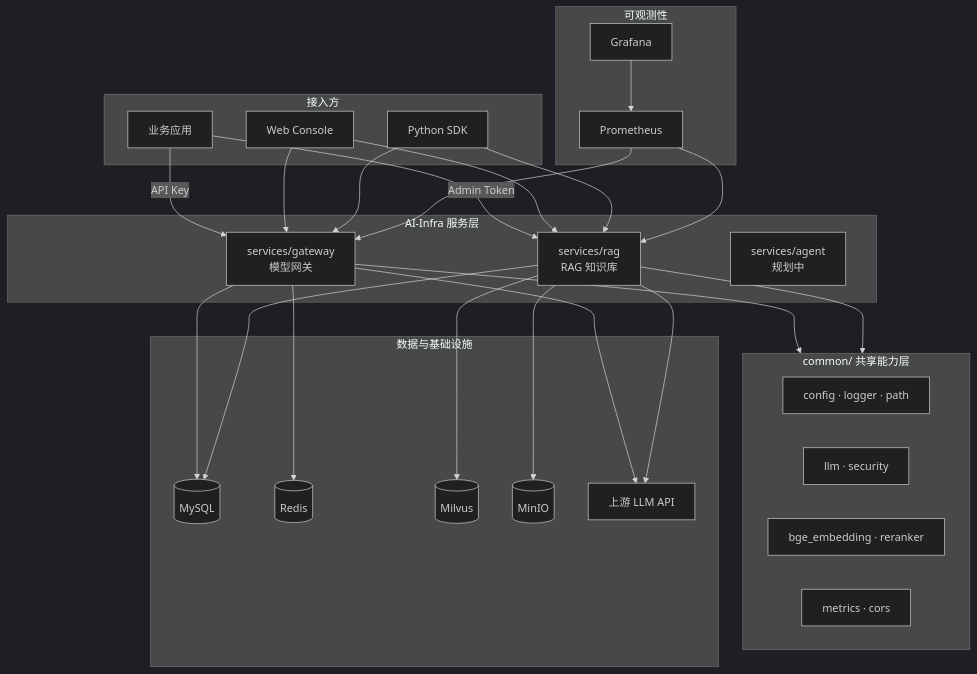
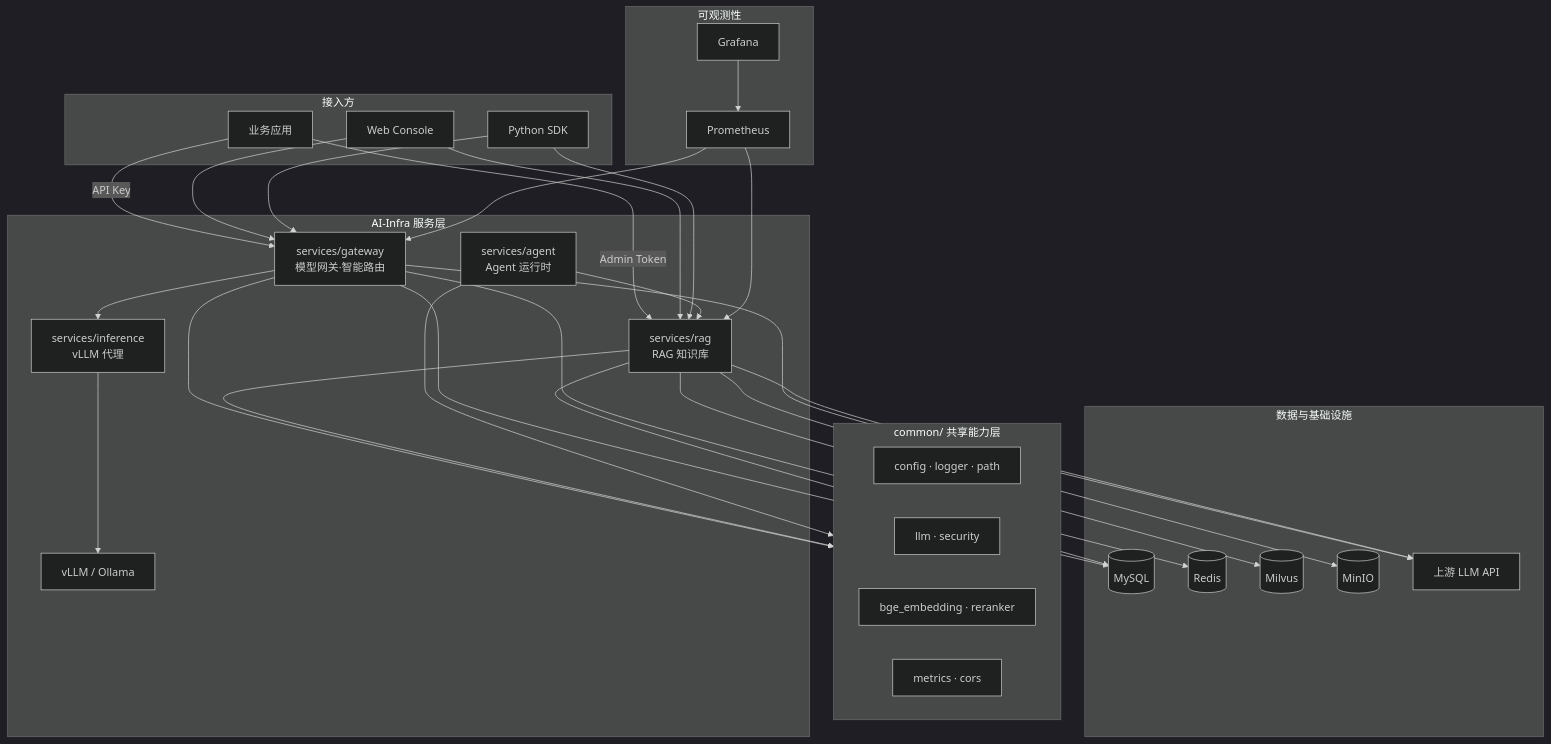
The diagram in README.md (xzx-123-xzx/AI-Infra), drawn with Mermaid (dark theme) before and after one commit. The commit also changed other lines of this file and 41 other files, not shown here.

````diff
--- a/README.md
+++ b/README.md
@@ -112,46 +128,51 @@
 ```mermaid
 flowchart TB
     subgraph Client["接入方"]
         APP[业务应用]
         UI[Web Console]
         SDK[Python SDK]
     end
 
     subgraph Services["AI-Infra 服务层"]
-        GW[services/gateway<br/>模型网关]
+        GW[services/gateway<br/>模型网关·智能路由]
         RAG[services/rag<br/>RAG 知识库]
-        AGENT[services/agent<br/>规划中]
+        INF[services/inference<br/>vLLM 代理]
+        AGENT[services/agent<br/>Agent 运行时]
+        VLLM[vLLM / Ollama]
     end
 
     subgraph Common["common/ 共享能力层"]
         CFG[config · logger · path]
         LLM[llm · security]
         BGE[bge_embedding · reranker]
         MET[metrics · cors]
     end
 
     subgraph Data["数据与基础设施"]
         MYSQL[(MySQL)]
         REDIS[(Redis)]
         MILVUS[(Milvus)]
         MINIO[(MinIO)]
         LLM_API[上游 LLM API]
     end
 
     subgraph Monitor["可观测性"]
         PROM[Prometheus]
         GRAF[Grafana]
     end
 
     APP -->|API Key| GW
     APP -->|Admin Token| RAG
     UI --> GW & RAG
     SDK --> GW & RAG
 
-    GW & RAG --> Common
+    GW & RAG & AGENT --> Common
     GW --> MYSQL & REDIS & LLM_API
+    GW --> INF
+    INF --> VLLM
     RAG --> MYSQL & MILVUS & MINIO & LLM_API
+    AGENT --> RAG
 
     PROM --> GW & RAG
     GRAF --> PROM
 ```
````
